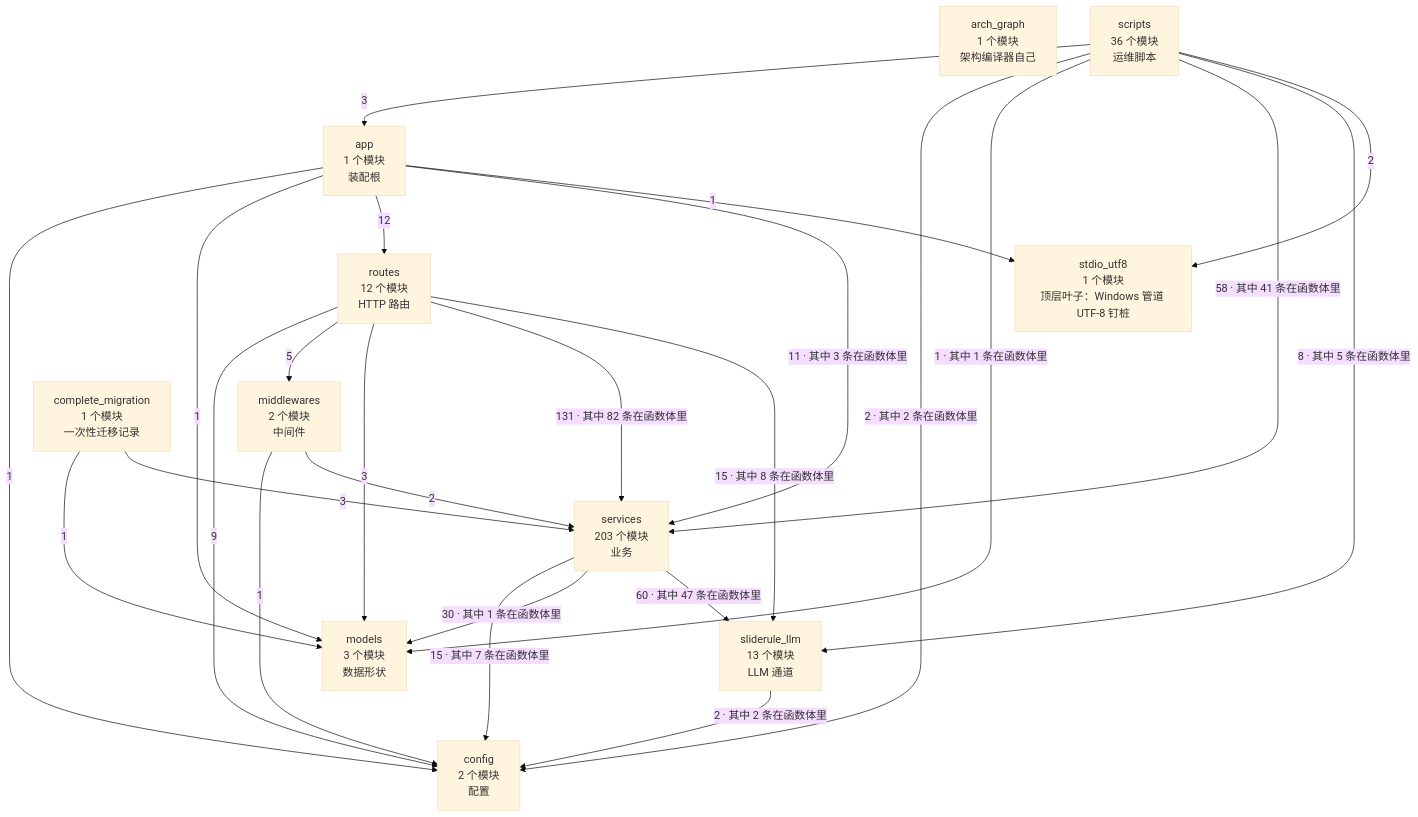
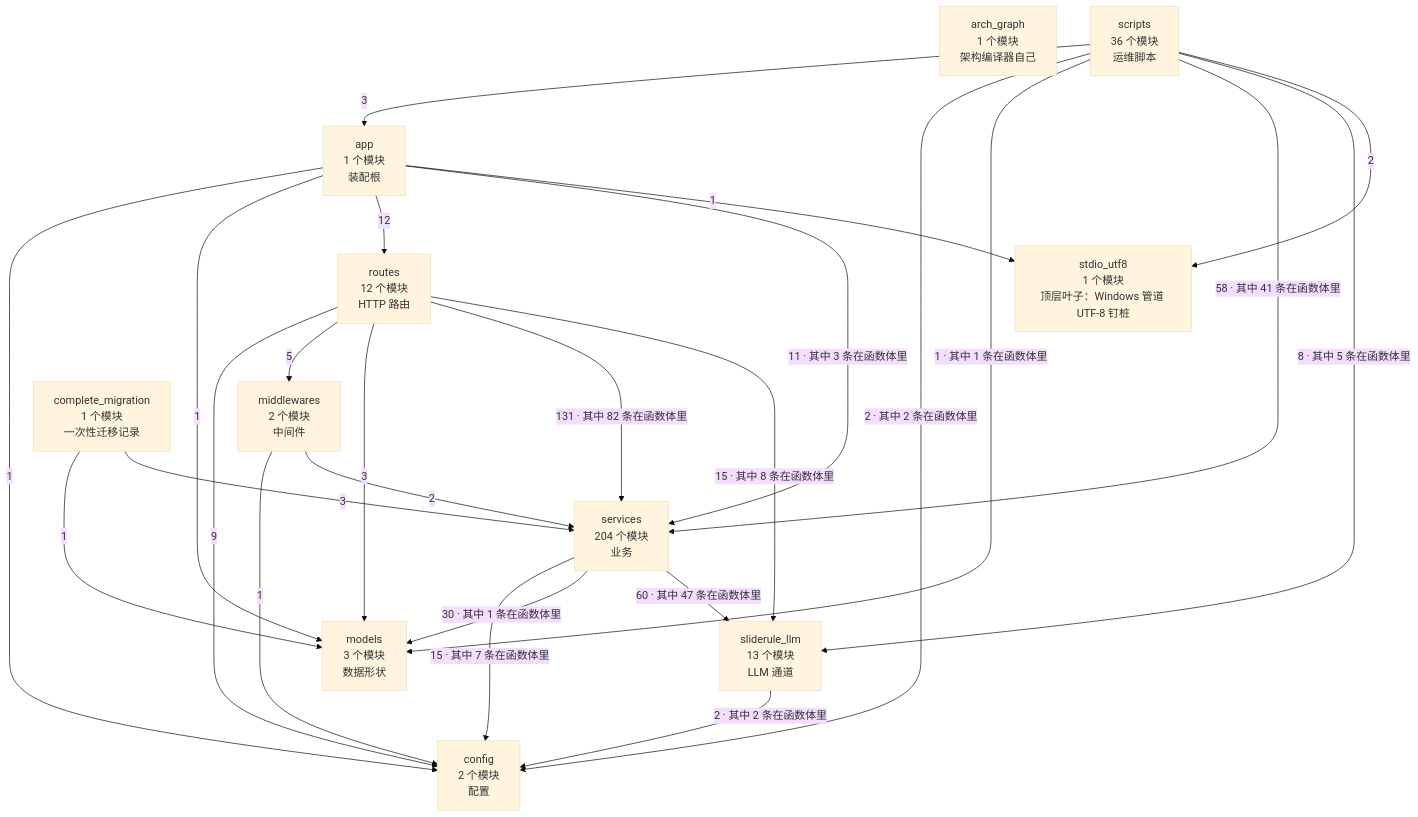
Before and after one commit to 2686521696/WhyBuddy: the first of 2 diagrams in docs/SlideRule V6.2 架构图（自动生成）.md, drawn with Mermaid (base theme). The commit also changed other lines of this file and 10 other files, not shown here.

````diff
--- a/docs/SlideRule V6.2 架构图（自动生成）.md
+++ b/docs/SlideRule V6.2 架构图（自动生成）.md
@@ -36,38 +36,38 @@
 ```mermaid
 flowchart TB
   arch_graph["arch_graph<br/>1 个模块<br/>架构编译器自己"]
   config["config<br/>2 个模块<br/>配置"]
   models["models<br/>3 个模块<br/>数据形状"]
   stdio_utf8["stdio_utf8<br/>1 个模块<br/>顶层叶子：Windows 管道 UTF-8 钉桩"]
   sliderule_llm["sliderule_llm<br/>13 个模块<br/>LLM 通道"]
   middlewares["middlewares<br/>2 个模块<br/>中间件"]
-  services["services<br/>203 个模块<br/>业务"]
+  services["services<br/>204 个模块<br/>业务"]
   routes["routes<br/>12 个模块<br/>HTTP 路由"]
   app["app<br/>1 个模块<br/>装配根"]
   complete_migration["complete_migration<br/>1 个模块<br/>一次性迁移记录"]
   scripts["scripts<br/>36 个模块<br/>运维脚本"]
   app -->|1| config
   app -->|1| models
   app -->|12| routes
   app -->|11 · 其中 3 条在函数体里| services
   app -->|1| stdio_utf8
   complete_migration -->|1| models
   complete_migration -->|3| services
   middlewares -->|1| config
   middlewares -->|2| services
   routes -->|9| config
   routes -->|5| middlewares
   routes -->|3| models
   routes -->|131 · 其中 82 条在函数体里| services
   routes -->|15 · 其中 8 条在函数体里| sliderule_llm
   scripts -->|3| app
   scripts -->|2 · 其中 2 条在函数体里| config
   scripts -->|1 · 其中 1 条在函数体里| models
   scripts -->|58 · 其中 41 条在函数体里| services
   scripts -->|8 · 其中 5 条在函数体里| sliderule_llm
   scripts -->|2| stdio_utf8
   services -->|15 · 其中 7 条在函数体里| config
   services -->|30 · 其中 1 条在函数体里| models
   services -->|60 · 其中 47 条在函数体里| sliderule_llm
   sliderule_llm -->|2 · 其中 2 条在函数体里| config
 ```
````
